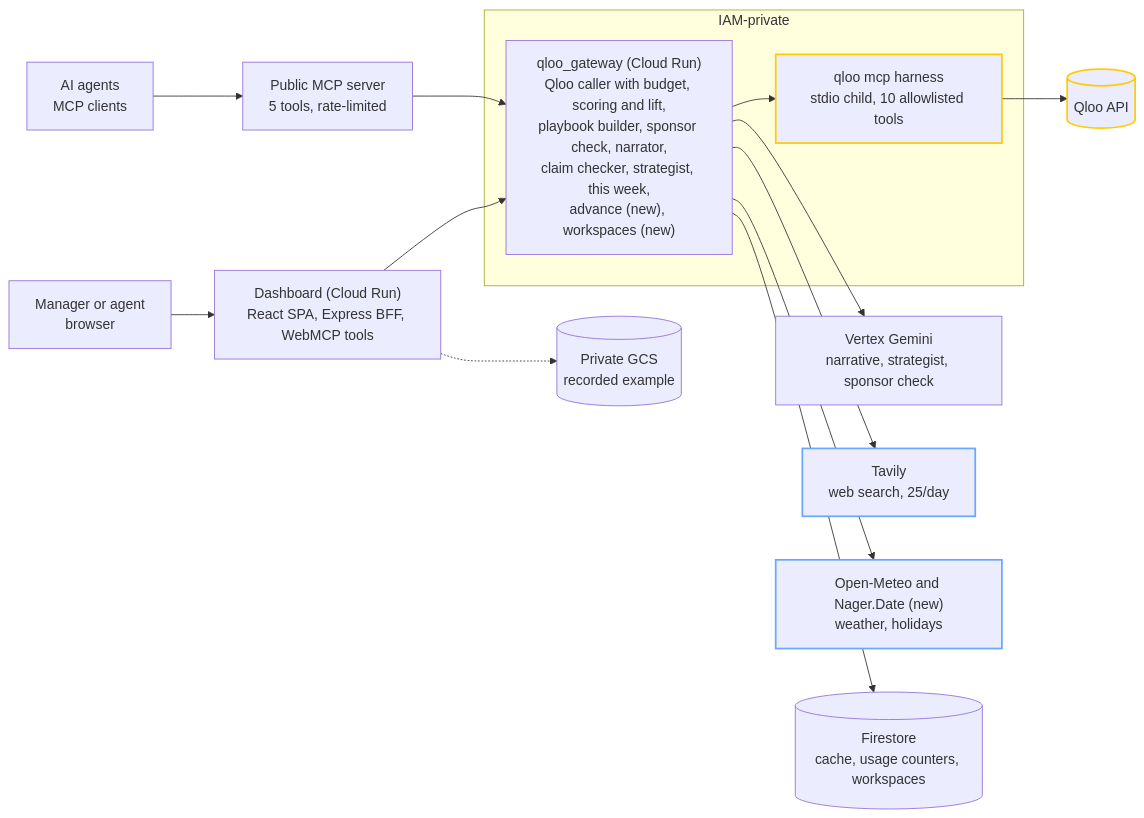
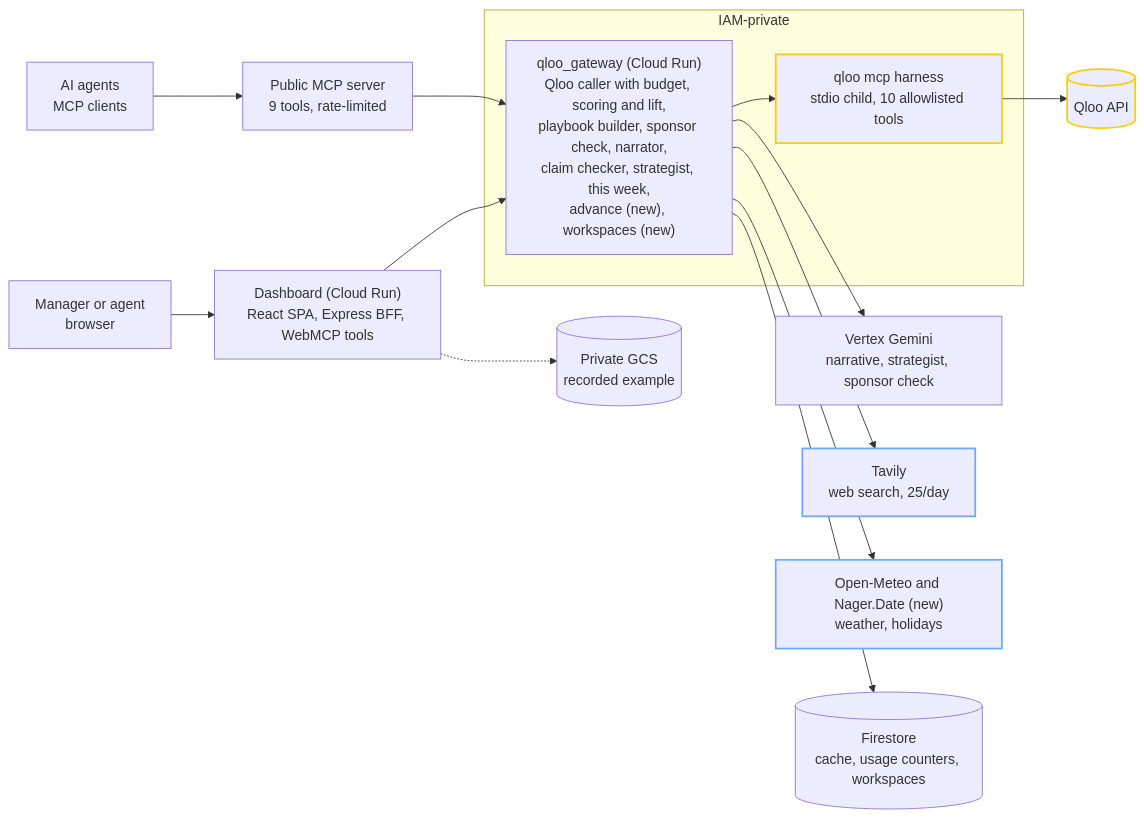
One commit to prats-2311/tour-intelligence-qloo changed the first of 2 diagrams in README.md. Above: the diagram before and after it, drawn with Mermaid. The commit also changed other lines of this file, not shown here.

First line of the commit message:
docs: README covers /agents, 9 MCP tools, plugin, WebMCP, BigQuery analytics

````diff
--- a/README.md
+++ b/README.md
@@ -112,21 +115,21 @@
 ```mermaid
 flowchart LR
   U[Manager or agent<br/>browser] --> D
   A[AI agents<br/>MCP clients] --> P
   D["Dashboard (Cloud Run)<br/>React SPA, Express BFF, WebMCP tools"] --> G
   D -.-> S[(Private GCS<br/>recorded example)]
-  P["Public MCP server<br/>5 tools, rate-limited"] --> G
+  P["Public MCP server<br/>9 tools, rate-limited"] --> G
   subgraph PRIV["IAM-private"]
     G["qloo_gateway (Cloud Run)<br/>Qloo caller with budget, scoring and lift,<br/>playbook builder, sponsor check, narrator,<br/>claim checker, strategist, this week,<br/>advance (new), workspaces (new)"]
     H["qloo mcp harness<br/>stdio child, 10 allowlisted tools"]
   end
   G --> H --> Q[(Qloo API)]
   G --> V[Vertex Gemini<br/>narrative, strategist, sponsor check]
   G --> T[Tavily<br/>web search, 25/day]
   G --> W["Open-Meteo and Nager.Date (new)<br/>weather, holidays"]
   G --> F[(Firestore<br/>cache, usage counters, workspaces)]
   classDef qloo stroke:#ffcc00,stroke-width:2px;
   classDef web stroke:#6aa8ff,stroke-width:2px;
   class H,Q qloo;
   class T,W web;
 ```
````
